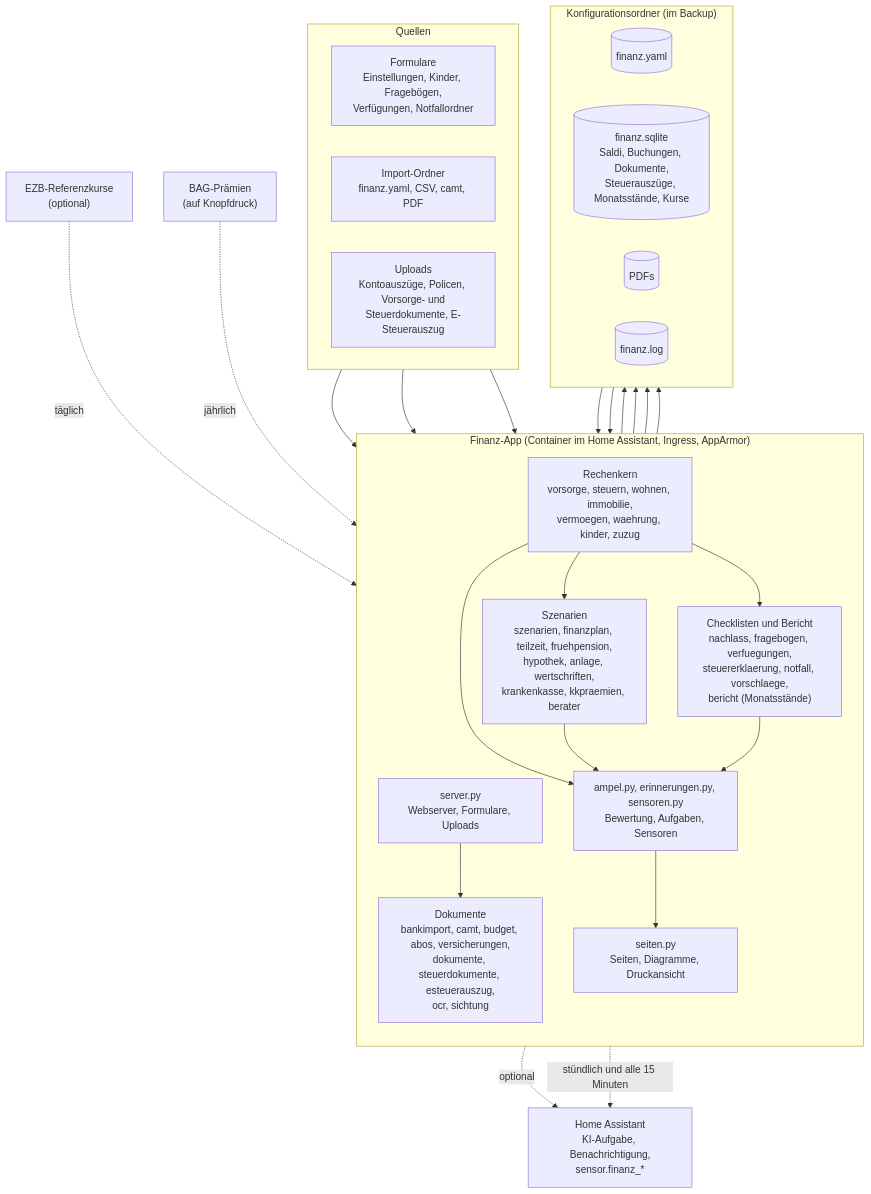
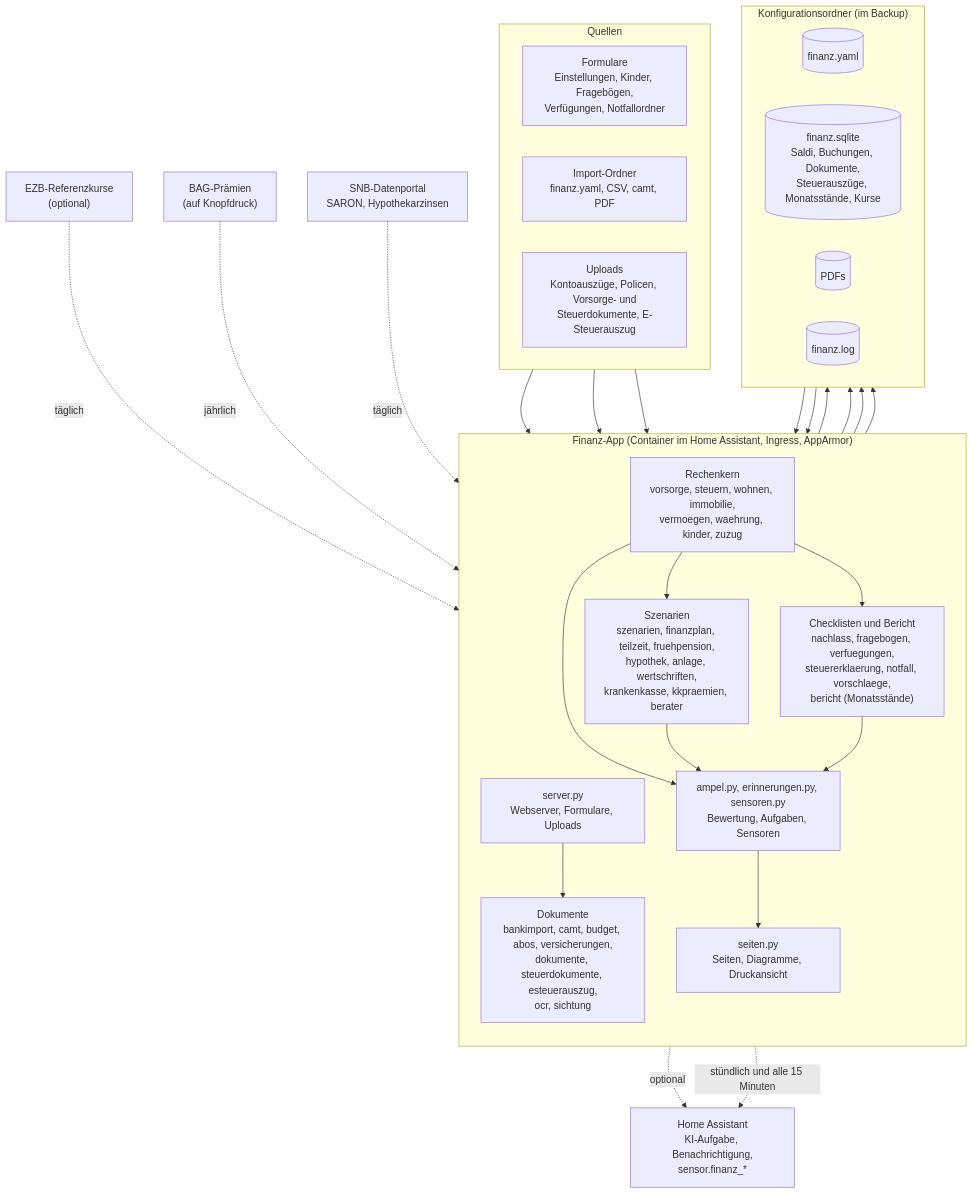
Before and after one commit to khu1985/finanz-ha: the diagram in docs/architektur.mmd, drawn with Mermaid. The commit also changed 11 other files, not shown here.

```diff
--- a/docs/architektur.mmd
+++ b/docs/architektur.mmd
@@ -1,36 +1,37 @@
 flowchart TB
     subgraph Quellen
         direction LR
         F["Formulare<br/>Einstellungen, Kinder, Fragebögen,<br/>Verfügungen, Notfallordner"]
         I["Import-Ordner<br/>finanz.yaml, CSV, camt, PDF"]
         U["Uploads<br/>Kontoauszüge, Policen, Vorsorge- und<br/>Steuerdokumente, E-Steuerauszug"]
     end
     subgraph App["Finanz-App (Container im Home Assistant, Ingress, AppArmor)"]
         direction TB
         S["server.py<br/>Webserver, Formulare, Uploads"]
         D["Dokumente<br/>bankimport, camt, budget, abos, versicherungen,<br/>dokumente, steuerdokumente, esteuerauszug,<br/>ocr, sichtung"]
         K["Rechenkern<br/>vorsorge, steuern, wohnen, immobilie,<br/>vermoegen, waehrung, kinder, zuzug"]
         Z["Szenarien<br/>szenarien, finanzplan, teilzeit, fruehpension,<br/>hypothek, anlage, wertschriften,<br/>krankenkasse, kkpraemien, berater"]
         C["Checklisten und Bericht<br/>nachlass, fragebogen, verfuegungen,<br/>steuererklaerung, notfall, vorschlaege,<br/>bericht (Monatsstände)"]
         A["ampel.py, erinnerungen.py, sensoren.py<br/>Bewertung, Aufgaben, Sensoren"]
         SE["seiten.py<br/>Seiten, Diagramme, Druckansicht"]
     end
     subgraph Daten["Konfigurationsordner (im Backup)"]
         direction LR
         Y[("finanz.yaml")]
         DB[("finanz.sqlite<br/>Saldi, Buchungen, Dokumente,<br/>Steuerauszüge, Monatsstände, Kurse")]
         P[("PDFs")]
         L[("finanz.log")]
     end
     HA["Home Assistant<br/>KI-Aufgabe, Benachrichtigung,<br/>sensor.finanz_*"]
     F & I & U --> S
     S --> D --> DB & P
     S --> Y
     Y & DB --> K --> Z
     K --> C
     K & Z & C --> A --> SE
     Z -. optional .-> HA
     EZB["EZB-Referenzkurse<br/>(optional)"] -. täglich .-> K
     BAG["BAG-Prämien<br/>(auf Knopfdruck)"] -. jährlich .-> Z
+    SNB["SNB-Datenportal<br/>SARON, Hypothekarzinsen"] -. täglich .-> Z
     A -. stündlich und alle 15 Minuten .-> HA
     S --> L
```
